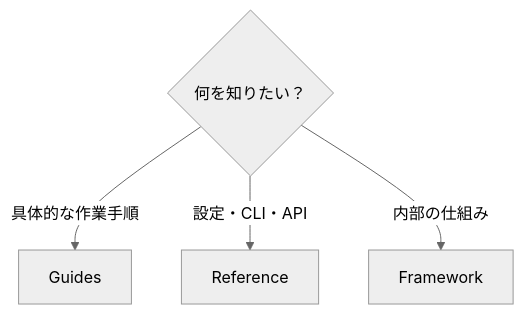
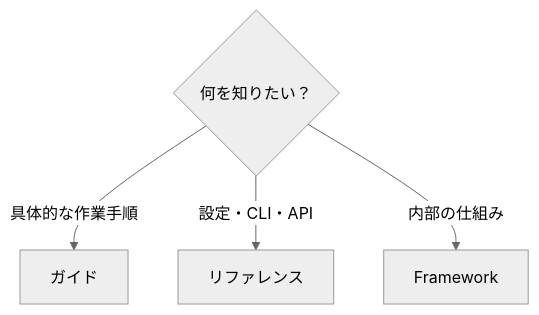
One commit to Rerurate514/riebeckite changed the first of 2 diagrams in docs/docs/guides/README.ja.md. Above: the diagram before and after it, drawn with Mermaid (neutral theme). The commit also changed other lines of this file and 310 other files, not shown here.

````diff
--- a/docs/docs/guides/README.ja.md
+++ b/docs/docs/guides/README.ja.md
@@ -14,8 +14,8 @@
 ```mermaid id="d2p74f"
 flowchart TD
     Q{"何を知りたい？"}
 
-    Q -->|"具体的な作業手順"| Guides["Guides"]
-    Q -->|"設定・CLI・API"| Reference["Reference"]
+    Q -->|"具体的な作業手順"| Guides["ガイド"]
+    Q -->|"設定・CLI・API"| Reference["リファレンス"]
     Q -->|"内部の仕組み"| Framework["Framework"]
 ```
````
